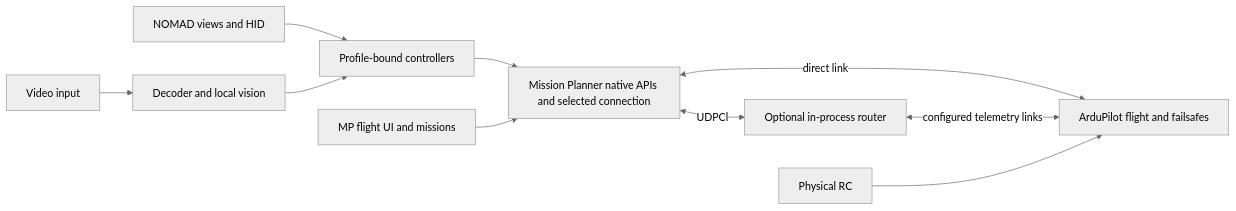
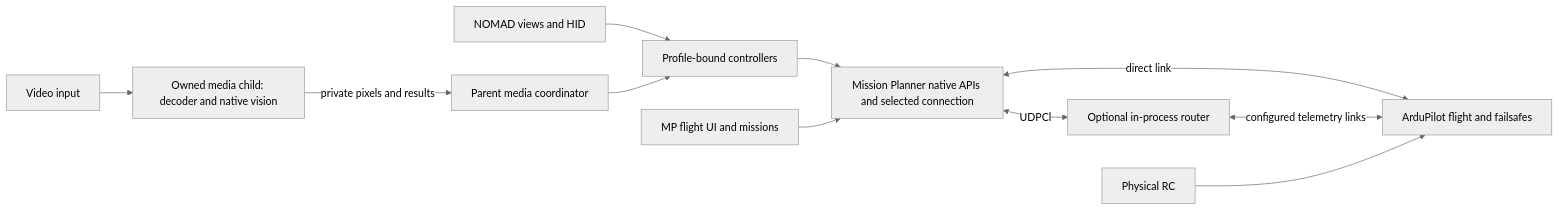
One commit to McGill-Aerial-Design/NOMAD changed the diagram in docs/architecture.md. Above: the diagram before and after it, drawn with Mermaid (neutral theme). The commit also changed other lines of this file and 67 other files, not shown here.

First line of the commit message:
[plugin,video] Isolate native media in a private worker process (#148)

````diff
--- a/docs/architecture.md
+++ b/docs/architecture.md
@@ -7,12 +8,13 @@
 ```mermaid
 flowchart LR
   UI[NOMAD views and HID] --> Controllers[Profile-bound controllers]
   Controllers --> MP[Mission Planner native APIs and selected connection]
   Flight[MP flight UI and missions] --> MP
   MP <-->|direct link| AP[ArduPilot flight and failsafes]
   MP <-->|UDPCl| Router[Optional in-process router]
   Router <-->|configured telemetry links| AP
   RC[Physical RC] --> AP
-  Camera[Video input] --> Video[Decoder and local vision]
-  Video --> Controllers
+  Camera[Video input] --> Video[Owned media child: decoder and native vision]
+  Video -->|private pixels and results| Session[Parent media coordinator]
+  Session --> Controllers
 ```
````
